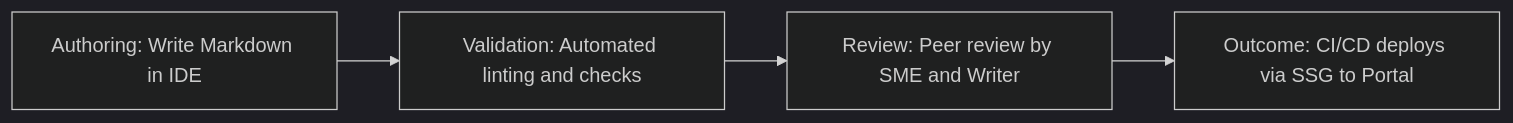
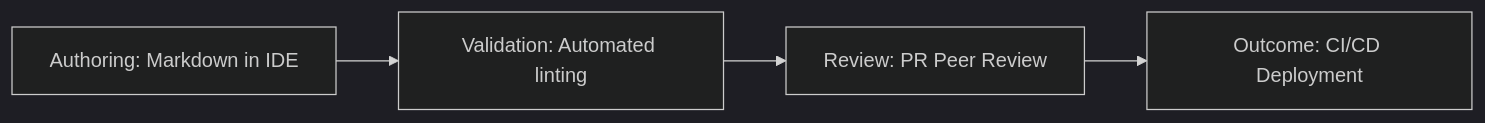
Before and after one commit to vaishvanara/techwritingkb: the diagram in docs/industry-terms/continuous-documentation.md, drawn with Mermaid (dark theme). The commit also changed other lines of this file and 51 other files, not shown here.

````diff
--- a/docs/industry-terms/continuous-documentation.md
+++ b/docs/industry-terms/continuous-documentation.md
@@ -44,6 +36,6 @@
 ```mermaid
 graph LR
-    A[Authoring: Write Markdown in IDE] --> B[Validation: Automated linting and checks]
-    B --> C[Review: Peer review by SME and Writer]
-    C --> D[Outcome: CI/CD deploys via SSG to Portal]
+    A[Authoring: Markdown in IDE] --> B[Validation: Automated linting]
+    B --> C[Review: PR Peer Review]
+    C --> D[Outcome: CI/CD Deployment]
 ```
````
